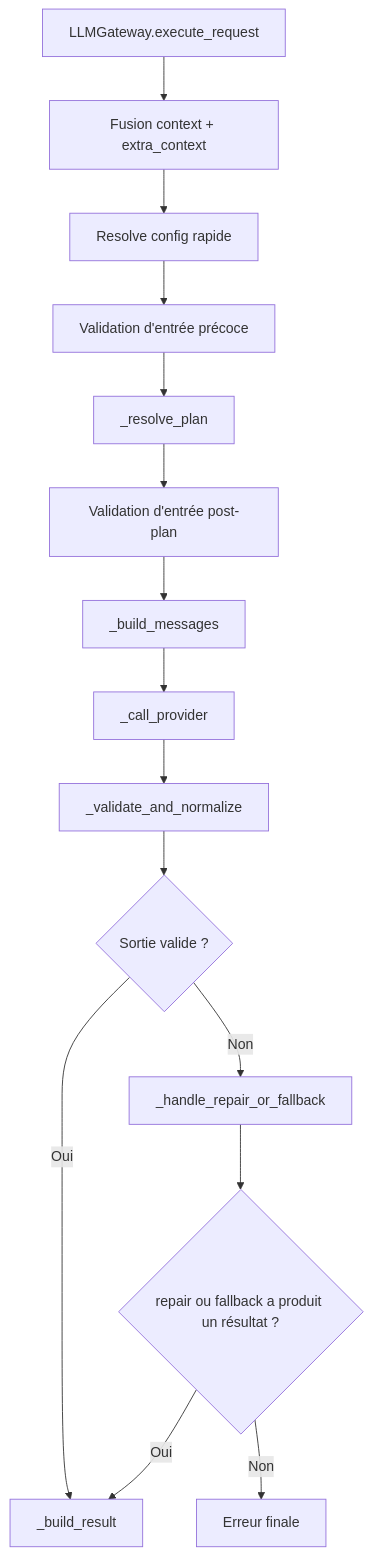
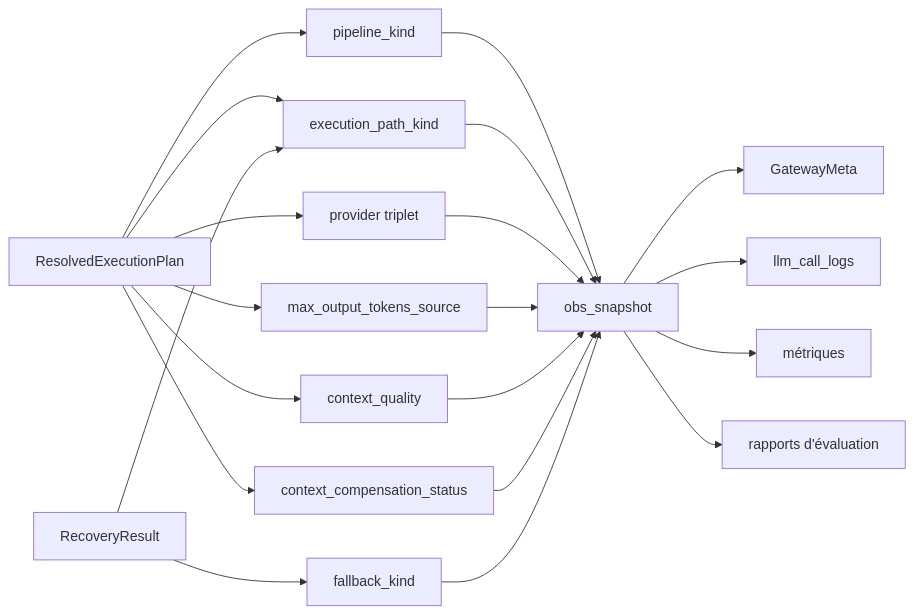
The sixth of 6 diagrams in docs/llm-prompt-generation-by-feature.md (daconrilcy/horoscope_front), drawn with Mermaid before and after one commit. The commit also changed other lines of this file and 32 other files, not shown here.

Commit message:
feat(llm): story 66.27 - propagate context_quality_handled_by_template to observability

````diff
--- a/docs/llm-prompt-generation-by-feature.md
+++ b/docs/llm-prompt-generation-by-feature.md
@@ -468,17 +468,22 @@
 ```mermaid
-flowchart TD
-    A["LLMGateway.execute_request"] --> B["Fusion context + extra_context"]
-    B --> C["Resolve config rapide"]
-    C --> D["Validation d'entrée précoce"]
-    D --> E["_resolve_plan"]
-    E --> F["Validation d'entrée post-plan"]
-    F --> G["_build_messages"]
-    G --> H["_call_provider"]
-    H --> I["_validate_and_normalize"]
-    I --> J{"Sortie valide ?"}
-    J -->|Oui| K["_build_result"]
-    J -->|Non| L["_handle_repair_or_fallback"]
-    L --> M{"repair ou fallback a produit un résultat ?"}
-    M -->|Oui| K
-    M -->|Non| N["Erreur finale"]
+flowchart LR
+    A["ResolvedExecutionPlan"] --> B["pipeline_kind"]
+    A --> C["execution_path_kind"]
+    A --> D["provider triplet"]
+    A --> E["max_output_tokens_source"]
+    A --> F["context_quality"]
+    A --> G["context_compensation_status"]
+    H["RecoveryResult"] --> C
+    H --> I["fallback_kind"]
+    B --> J["obs_snapshot"]
+    C --> J
+    D --> J
+    E --> J
+    F --> J
+    G --> J
+    I --> J
+    J --> K["GatewayMeta"]
+    J --> L["llm_call_logs"]
+    J --> M["métriques"]
+    J --> N["rapports d'évaluation"]
 ```
````
